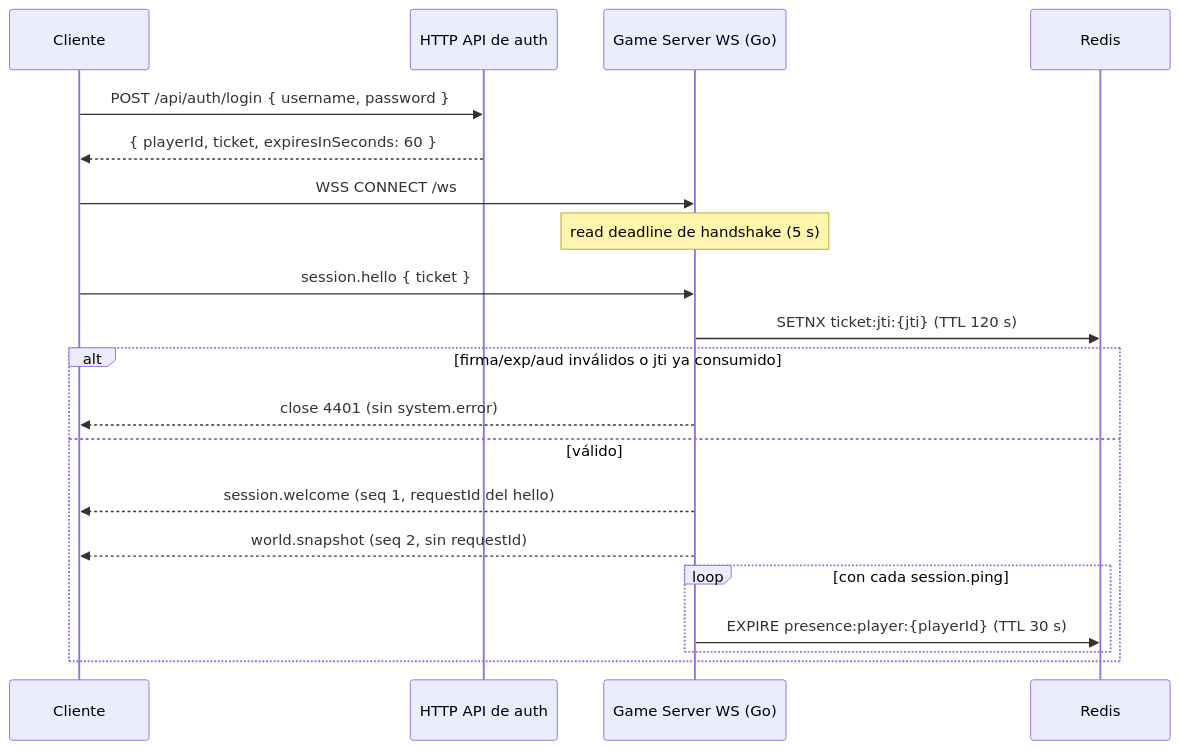
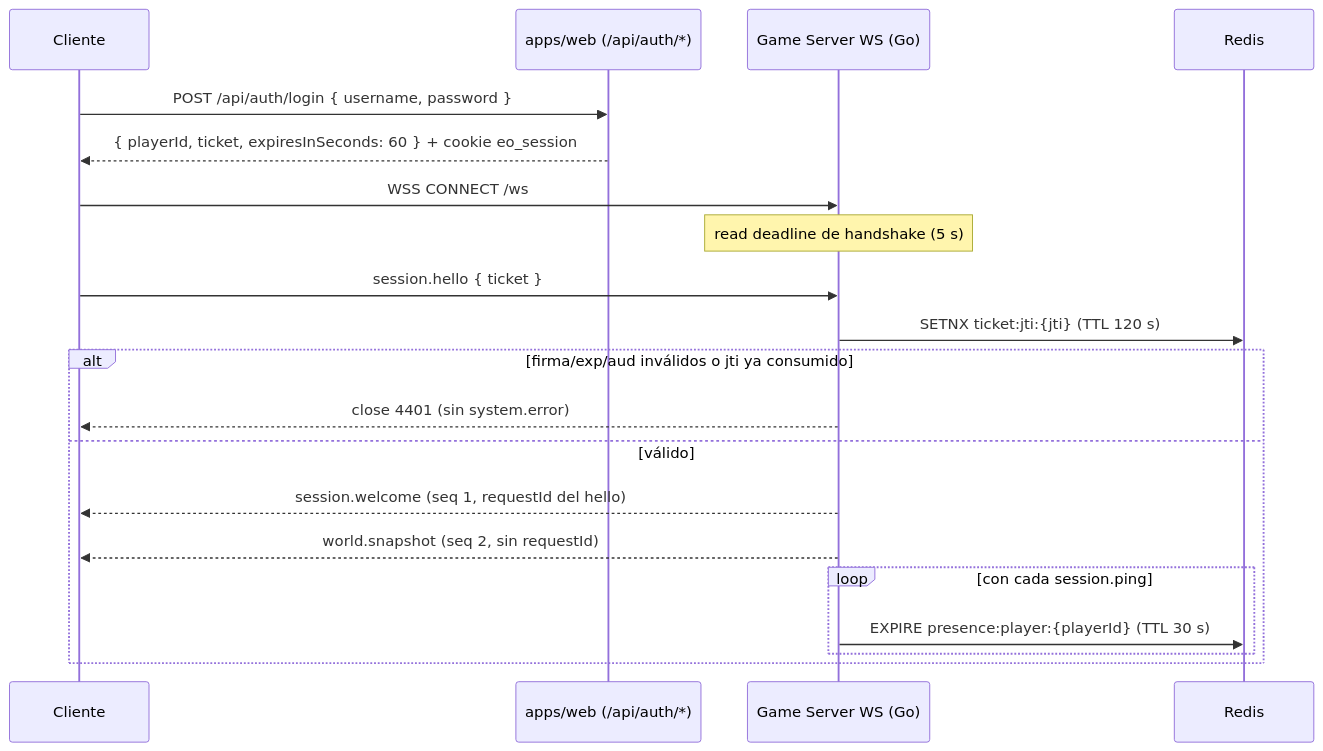
One commit to sonetlumiere-code/empires-online changed the diagram in docs/specs/websocket-protocol.md. Above: the diagram before and after it, drawn with Mermaid. The commit also changed other lines of this file and 104 other files, not shown here.

````diff
--- a/docs/specs/websocket-protocol.md
+++ b/docs/specs/websocket-protocol.md
@@ -163,22 +163,22 @@
 ```mermaid
 sequenceDiagram
     participant C as Cliente
-    participant H as HTTP API de auth
+    participant H as apps/web (/api/auth/*)
     participant G as Game Server WS (Go)
     participant R as Redis
     C->>H: POST /api/auth/login { username, password }
-    H-->>C: { playerId, ticket, expiresInSeconds: 60 }
+    H-->>C: { playerId, ticket, expiresInSeconds: 60 } + cookie eo_session
     C->>G: WSS CONNECT /ws
     Note over G: read deadline de handshake (5 s)
     C->>G: session.hello { ticket }
     G->>R: SETNX ticket:jti:{jti} (TTL 120 s)
     alt firma/exp/aud inválidos o jti ya consumido
         G-->>C: close 4401 (sin system.error)
     else válido
         G-->>C: session.welcome (seq 1, requestId del hello)
         G-->>C: world.snapshot (seq 2, sin requestId)
         loop con cada session.ping
             G->>R: EXPIRE presence:player:{playerId} (TTL 30 s)
         end
     end
 ```
````
